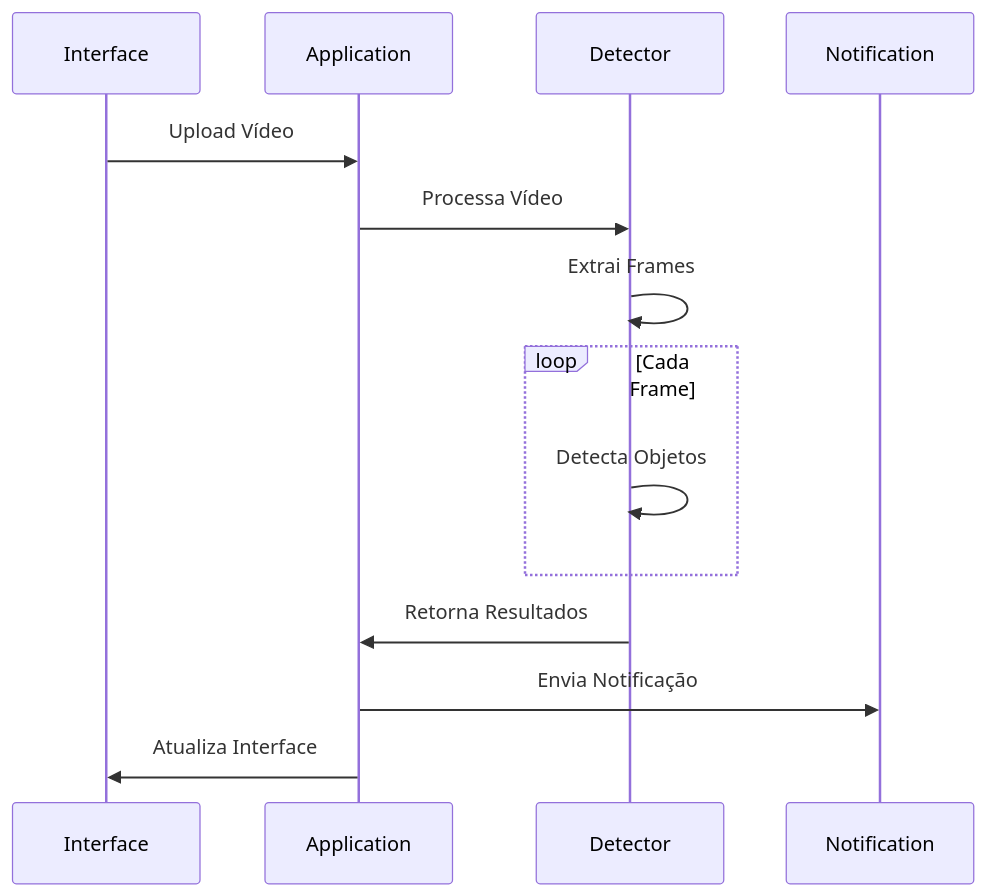
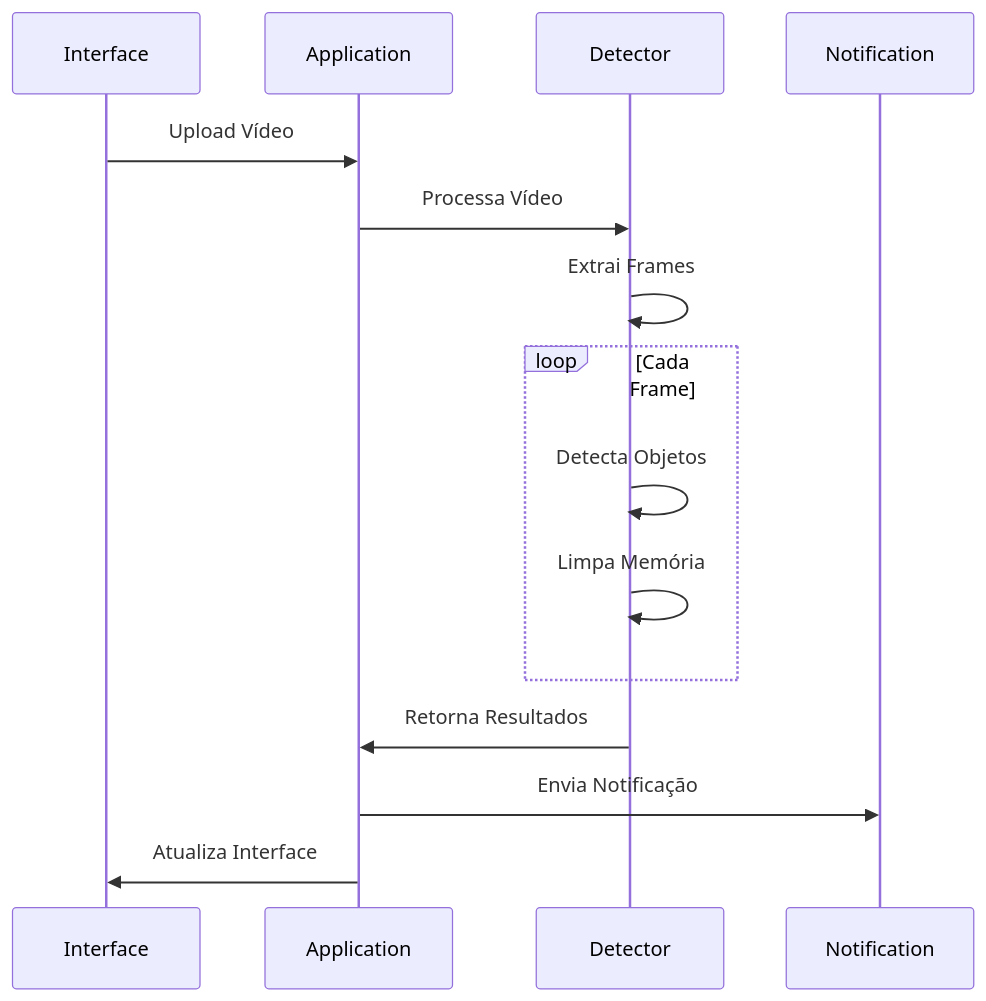
One commit to mvzcanhaco/hackatoon-1IADT-fiap changed the fourth of 5 diagrams in docs/architecture/overview.md. Above: the diagram before and after it, drawn with Mermaid. The commit also changed other lines of this file and 4 other files, not shown here.

````diff
--- a/docs/architecture/overview.md
+++ b/docs/architecture/overview.md
@@ -223,17 +223,18 @@
 ```mermaid
 sequenceDiagram
     participant UI as Interface
     participant App as Application
     participant Det as Detector
     participant Not as Notification
     
     UI->>App: Upload Vídeo
     App->>Det: Processa Vídeo
     Det->>Det: Extrai Frames
     loop Cada Frame
         Det->>Det: Detecta Objetos
+        Det->>Det: Limpa Memória
     end
     Det->>App: Retorna Resultados
     App->>Not: Envia Notificação
     App->>UI: Atualiza Interface
 ```
````
